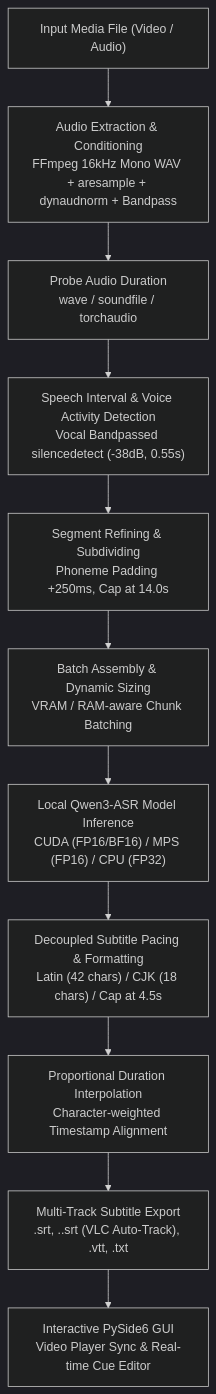
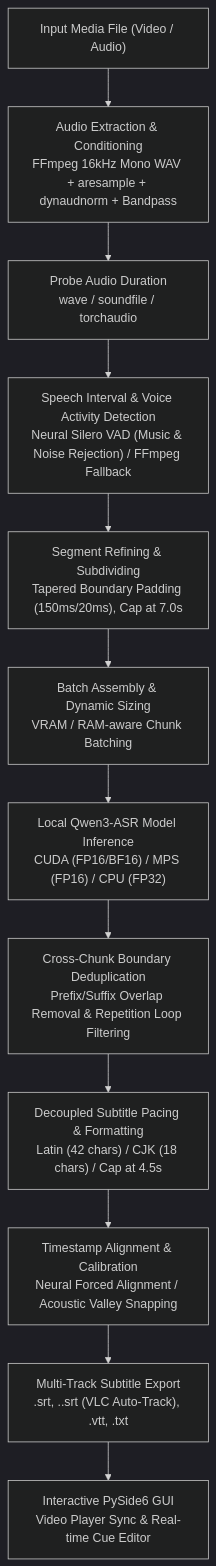
The diagram in logic.md (Ocean48/SubtitleGo), drawn with Mermaid (dark theme) before and after one commit. The commit also changed other lines of this file and 5 other files, not shown here.

First line of the commit message:
Enhance audio processing and subtitle generation with neural VAD and deduplication

````diff
--- a/logic.md
+++ b/logic.md
@@ -11,13 +11,14 @@
 ```mermaid
 flowchart TD
     A["Input Media File (Video / Audio)"] --> B["Audio Extraction & Conditioning<br/>FFmpeg 16kHz Mono WAV + aresample + dynaudnorm + Bandpass"]
     B --> C["Probe Audio Duration<br/>wave / soundfile / torchaudio"]
-    C --> D["Speech Interval & Voice Activity Detection<br/>Vocal Bandpassed silencedetect (-38dB, 0.55s)"]
-    D --> E["Segment Refining & Subdividing<br/>Phoneme Padding +250ms, Cap at 14.0s"]
+    C --> D["Speech Interval & Voice Activity Detection<br/>Neural Silero VAD (Music & Noise Rejection) / FFmpeg Fallback"]
+    D --> E["Segment Refining & Subdividing<br/>Tapered Boundary Padding (150ms/20ms), Cap at 7.0s"]
     E --> F["Batch Assembly & Dynamic Sizing<br/>VRAM / RAM-aware Chunk Batching"]
     F --> G["Local Qwen3-ASR Model Inference<br/>CUDA (FP16/BF16) / MPS (FP16) / CPU (FP32)"]
-    G --> H["Decoupled Subtitle Pacing & Formatting<br/>Latin (42 chars) / CJK (18 chars) / Cap at 4.5s"]
-    H --> I["Proportional Duration Interpolation<br/>Character-weighted Timestamp Alignment"]
-    I --> J["Multi-Track Subtitle Export<br/>.srt, .<lang>.srt (VLC Auto-Track), .vtt, .txt"]
-    J --> K["Interactive PySide6 GUI<br/>Video Player Sync & Real-time Cue Editor"]
+    G --> H["Cross-Chunk Boundary Deduplication<br/>Prefix/Suffix Overlap Removal & Repetition Loop Filtering"]
+    H --> I["Decoupled Subtitle Pacing & Formatting<br/>Latin (42 chars) / CJK (18 chars) / Cap at 4.5s"]
+    I --> J["Timestamp Alignment & Calibration<br/>Neural Forced Alignment / Acoustic Valley Snapping"]
+    J --> K["Multi-Track Subtitle Export<br/>.srt, .<lang>.srt (VLC Auto-Track), .vtt, .txt"]
+    K --> L["Interactive PySide6 GUI<br/>Video Player Sync & Real-time Cue Editor"]
 ```
````
